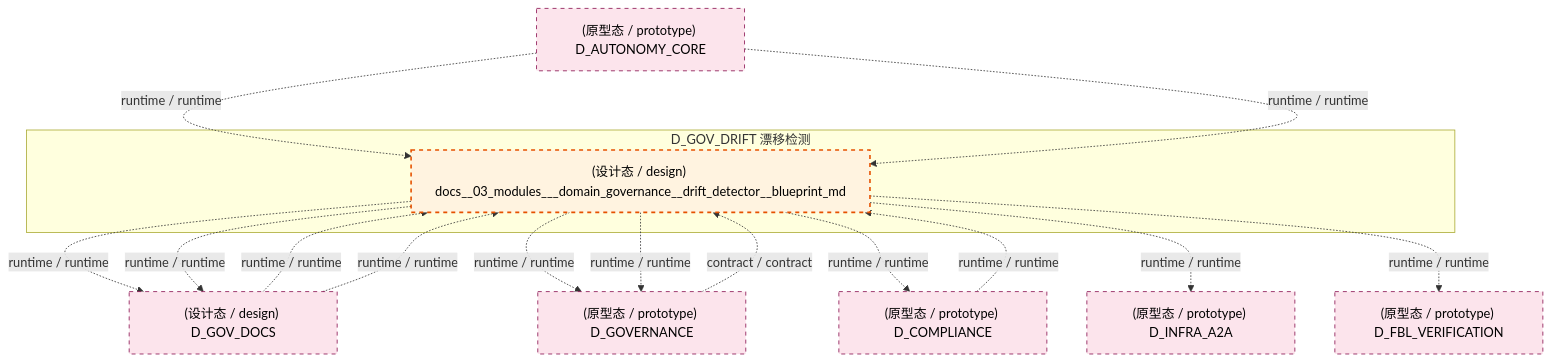
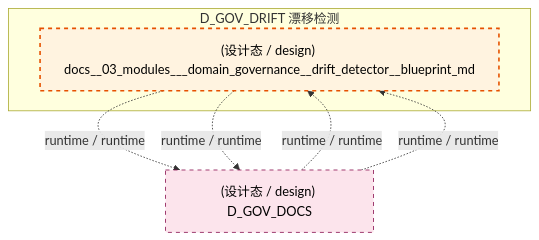
One commit to xuanFelixVan/ZephyrAlpha changed the fifth of 7 diagrams in docs/02_enterprise_architecture/02_domain_architecture_docs/41_d_gov_drift.md. Above: the diagram before and after it, drawn with Mermaid. The commit also changed other lines of this file and 125 other files, not shown here.

````diff
--- a/docs/02_enterprise_architecture/02_domain_architecture_docs/41_d_gov_drift.md
+++ b/docs/02_enterprise_architecture/02_domain_architecture_docs/41_d_gov_drift.md
@@ -553,31 +552,17 @@
 ```mermaid
 graph TD
     subgraph D_GOV_DRIFT["D_GOV_DRIFT 漂移检测"]
         docs_03_modules_domain_governance_drift_detector_blueprint_md["(设计态 / design) docs__03_modules___domain_governance__drift_detector__blueprint_md"]
     end
     D_GOV_DOCS["(设计态 / design) D_GOV_DOCS"]
     docs_03_modules_domain_governance_drift_detector_blueprint_md -.->|runtime / runtime| D_GOV_DOCS
-    D_GOVERNANCE["(原型态 / prototype) D_GOVERNANCE"]
-    docs_03_modules_domain_governance_drift_detector_blueprint_md -.->|runtime / runtime| D_GOVERNANCE
-    D_COMPLIANCE["(原型态 / prototype) D_COMPLIANCE"]
-    docs_03_modules_domain_governance_drift_detector_blueprint_md -.->|runtime / runtime| D_COMPLIANCE
-    D_INFRA_A2A["(原型态 / prototype) D_INFRA_A2A"]
-    docs_03_modules_domain_governance_drift_detector_blueprint_md -.->|runtime / runtime| D_INFRA_A2A
-    D_FBL_VERIFICATION["(原型态 / prototype) D_FBL_VERIFICATION"]
-    docs_03_modules_domain_governance_drift_detector_blueprint_md -.->|runtime / runtime| D_FBL_VERIFICATION
     docs_03_modules_domain_governance_drift_detector_blueprint_md -.->|runtime / runtime| D_GOV_DOCS
-    docs_03_modules_domain_governance_drift_detector_blueprint_md -.->|runtime / runtime| D_GOVERNANCE
-    D_COMPLIANCE -.->|runtime / runtime| docs_03_modules_domain_governance_drift_detector_blueprint_md
     D_GOV_DOCS -.->|runtime / runtime| docs_03_modules_domain_governance_drift_detector_blueprint_md
     D_GOV_DOCS -.->|runtime / runtime| docs_03_modules_domain_governance_drift_detector_blueprint_md
-    D_GOVERNANCE -.->|contract / contract| docs_03_modules_domain_governance_drift_detector_blueprint_md
-    D_AUTONOMY_CORE["(原型态 / prototype) D_AUTONOMY_CORE"]
-    D_AUTONOMY_CORE -.->|runtime / runtime| docs_03_modules_domain_governance_drift_detector_blueprint_md
-    D_AUTONOMY_CORE -.->|runtime / runtime| docs_03_modules_domain_governance_drift_detector_blueprint_md
     classDef production fill:#e1f5fe,stroke:#01579b,stroke-width:2px,color:#000
     classDef design fill:#fff3e0,stroke:#e65100,stroke-width:2px,color:#000,stroke-dasharray: 5 5
     classDef external_prod fill:#e8f5e9,stroke:#1b5e20,stroke-width:1px,color:#000
     classDef external_design fill:#fce4ec,stroke:#880e4f,stroke-width:1px,color:#000,stroke-dasharray: 5 5
     class docs_03_modules_domain_governance_drift_detector_blueprint_md design
-    class D_GOV_DOCS,D_GOVERNANCE,D_COMPLIANCE,D_INFRA_A2A,D_FBL_VERIFICATION,D_AUTONOMY_CORE external_design
+    class D_GOV_DOCS external_design
 ```
````
